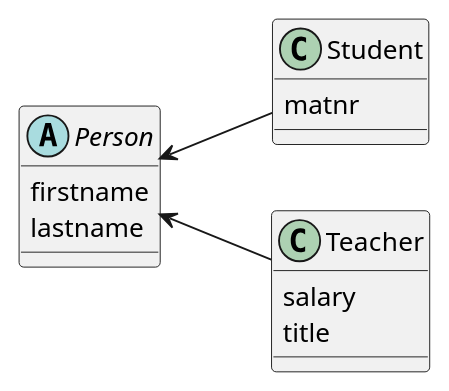
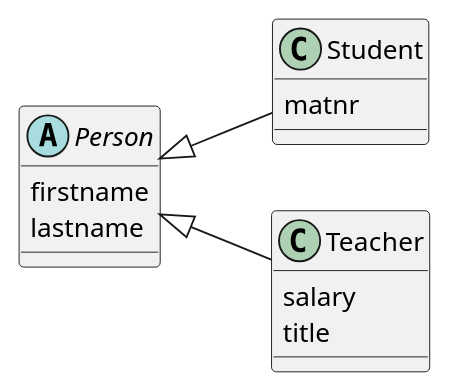
The eighth of 8 diagrams in asciidocs/notes.adoc (2122-3bhitm-itp/04-lecture-notes-git-ThomasSpindlerHTL), drawn with PlantUML before and after one commit. The commit also changed other lines of this file and 10 other files, not shown here.

```diff
--- a/asciidocs/notes.adoc
+++ b/asciidocs/notes.adoc
@@ -593,26 +593,26 @@
 [plantuml, java-programm0]
 ----
 @startuml
 skinparam backgroundColor transparent
 skinparam shadowing false
 
 left to right direction
 
 abstract class Person {
     firstname
     lastname
 }
 
 class Student {
     matnr
 }
 
 class Teacher {
     salary
     title
 }
 
-Person <-- Teacher
-Person <-- Student
+Person <|-- Teacher
+Person <|-- Student
 @enduml
 ----
```
